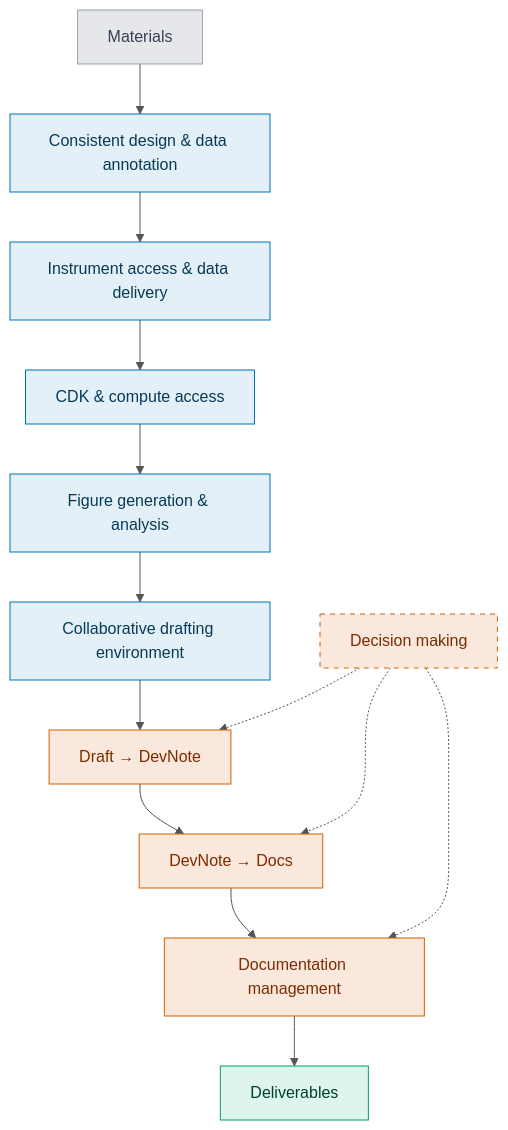
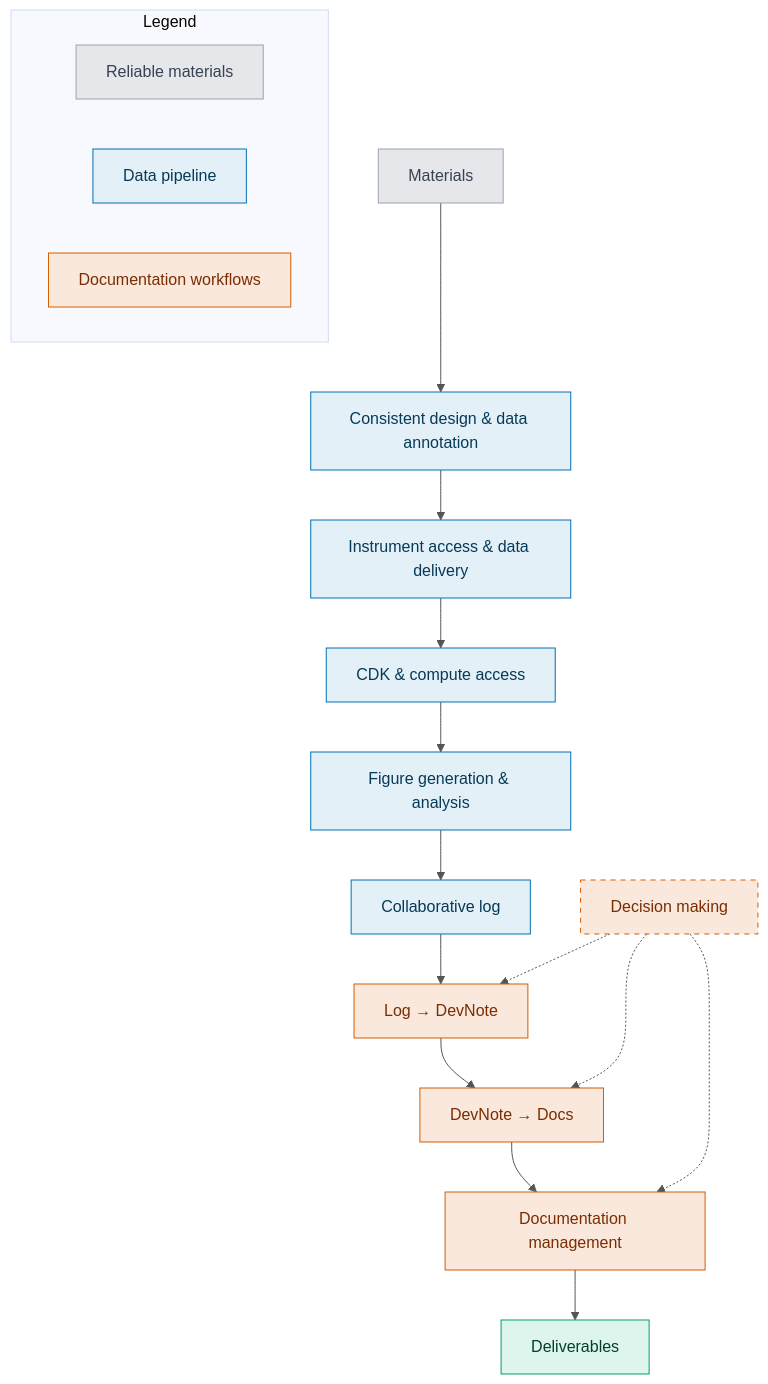
Before and after one commit to nucleus-eng/nucleus-devnote-archive-1: the diagram in devnotes/devstudio/assets/pipeline-diagram.md, drawn with Mermaid. The commit also changed 3 other files, not shown here.

Commit message:
Update devstudio devnote: legends, log terminology, week structure, DNA table, Nucleus Cytosol ref

````diff
--- a/devnotes/devstudio/assets/pipeline-diagram.md
+++ b/devnotes/devstudio/assets/pipeline-diagram.md
@@ -2,39 +2,48 @@
 ```mermaid
 %%{init: {'theme': 'base', 'themeVariables': {'lineColor': '#555555', 'edgeLabelBackground': '#ffffff'}}}%%
 flowchart TD
     MATERIALS["Materials"]
     PLATEMAP["Consistent design & data annotation"]
     INSTRUMENT["Instrument access & data delivery"]
     CDK["CDK & compute access"]
     FIGURES["Figure generation & analysis"]
-    DRAFTING["Collaborative drafting environment"]
+    DRAFTING["Collaborative log"]
     DECISIONS["Decision making"]
-    DEVNOTE["Draft → DevNote"]
+    DEVNOTE["Log → DevNote"]
     DOCS["DevNote → Docs"]
     MGMT["Documentation management"]
     DELIVERABLES["Deliverables"]
 
     MATERIALS --> PLATEMAP
     PLATEMAP --> INSTRUMENT
     INSTRUMENT --> CDK
     CDK --> FIGURES
     FIGURES --> DRAFTING
     DRAFTING --> DEVNOTE
     DECISIONS -.-> DEVNOTE
     DECISIONS -.-> DOCS
     DECISIONS -.-> MGMT
     DEVNOTE --> DOCS
     DOCS --> MGMT
     MGMT --> DELIVERABLES
 
+    subgraph LEGEND["Legend"]
+        LEG_M["Reliable materials"]
+        LEG_D["Data pipeline"]
+        LEG_W["Documentation workflows"]
+    end
+
     classDef materials fill:#e5e7eb,stroke:#9ca3af,color:#374151;
     classDef datapipeline fill:#e3f0f8,stroke:#0072B2,color:#063a57;
     classDef docworkflow fill:#fbe8dc,stroke:#D55E00,color:#7a2d00;
     classDef deliverables fill:#def5ee,stroke:#009E73,color:#00402e;
 
     class MATERIALS materials;
     class PLATEMAP,INSTRUMENT,CDK,FIGURES,DRAFTING datapipeline;
     class DECISIONS,DEVNOTE,DOCS,MGMT docworkflow;
     class DELIVERABLES deliverables;
+    class LEG_M materials;
+    class LEG_D datapipeline;
+    class LEG_W docworkflow;
     style DECISIONS stroke-dasharray: 5 5
 ```
````
